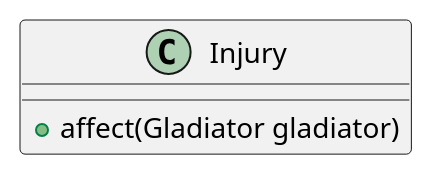
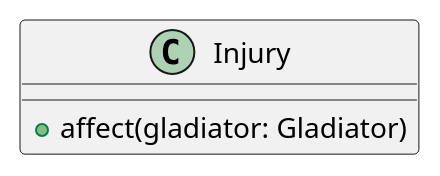
One commit to PabloGCH/tp2-algo3 changed the diagram in diagrams/classes/square/Injury.plantuml. Above: the diagram before and after it, drawn with PlantUML. The commit also changed 66 other files, not shown here.

```diff
--- a/diagrams/classes/square/Injury.plantuml
+++ b/diagrams/classes/square/Injury.plantuml
@@ -1,7 +1,7 @@
 @startuml
 
 class Injury {
-    +affect(Gladiator gladiator)
+    +affect(gladiator: Gladiator)
 }
 
 @enduml
```
